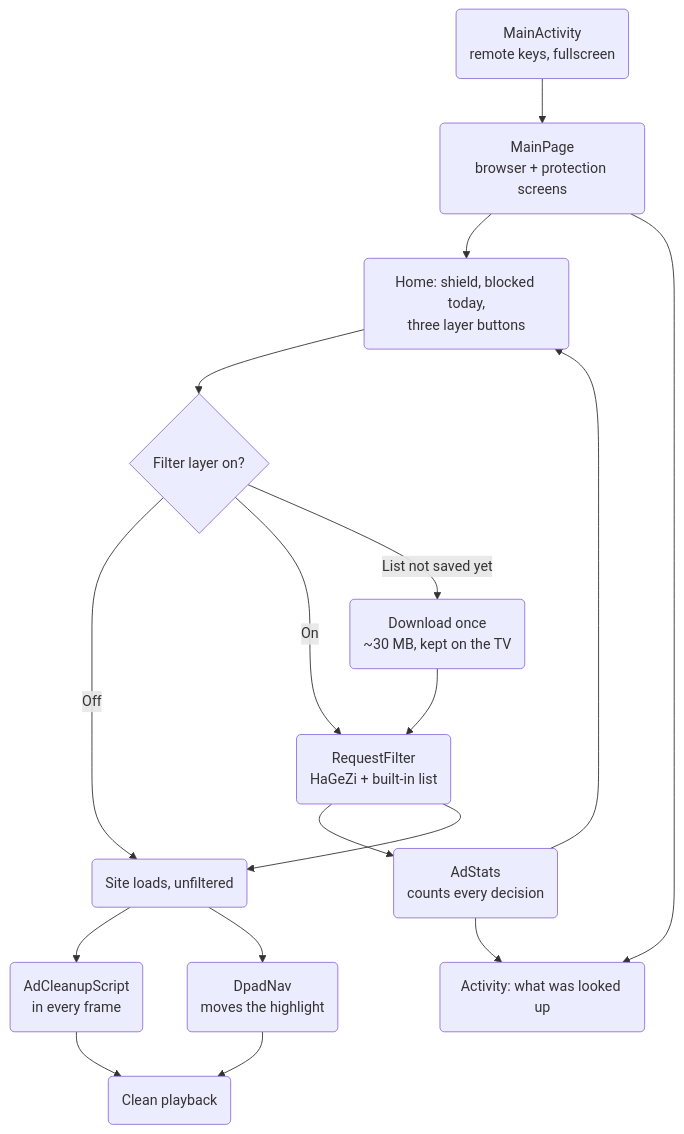
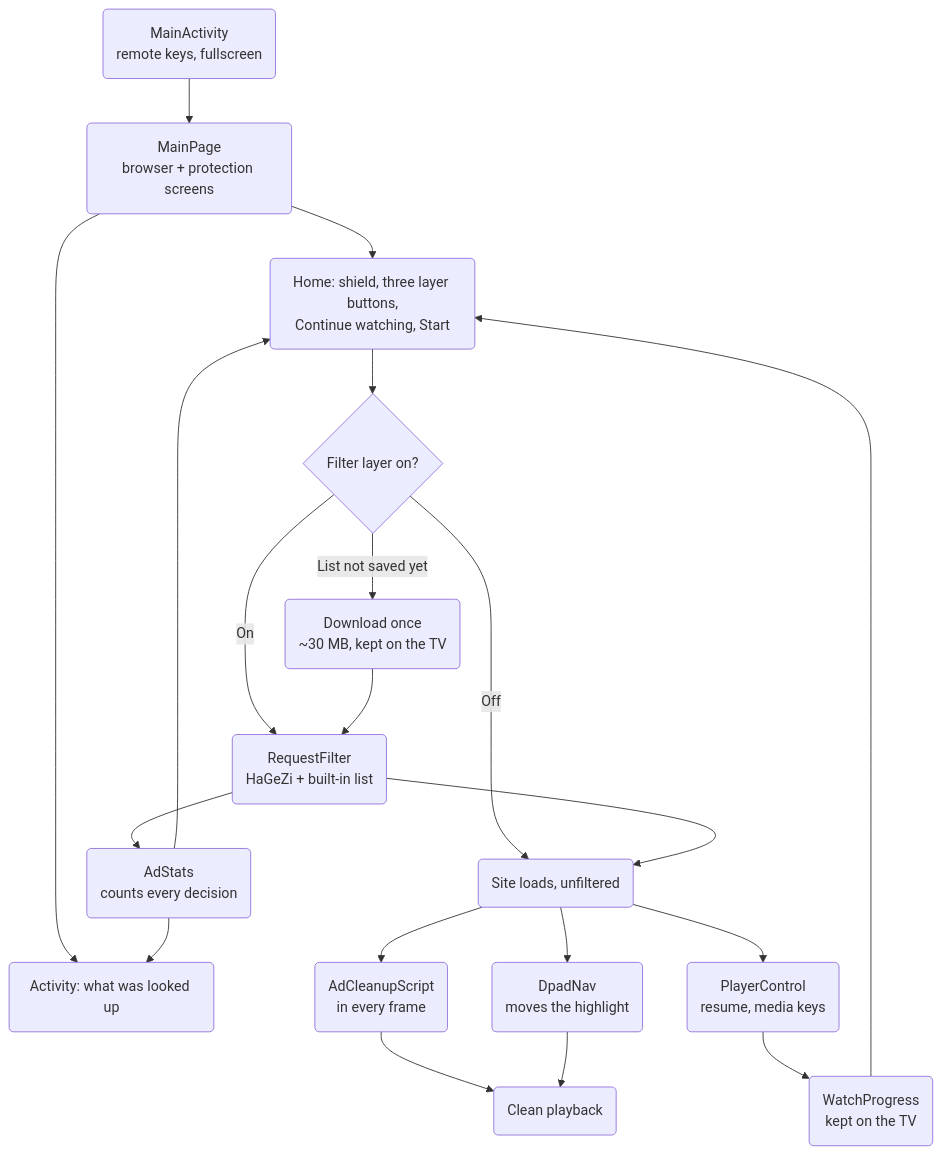
Before and after one commit to User07x07/Un0Tv: the diagram in README.md, drawn with Mermaid. The commit also changed other lines of this file and 18 other files, not shown here.

````diff
--- a/README.md
+++ b/README.md
@@ -54,19 +58,22 @@
 ```mermaid
 flowchart TD
     A("MainActivity<br/>remote keys, fullscreen") --> B("MainPage<br/>browser + protection screens")
-    B --> H("Home: shield, blocked today,<br/>three layer buttons")
+    B --> H("Home: shield, three layer buttons,<br/>Continue watching, Start")
     B --> L("Activity: what was looked up")
     H --> C{"Filter layer on?"}
     C -->|"Off"| E("Site loads, unfiltered")
     C -->|"On"| F("RequestFilter<br/>HaGeZi + built-in list")
     C -->|"List not saved yet"| D("Download once<br/>~30 MB, kept on the TV")
     D --> F
     F --> S("AdStats<br/>counts every decision")
     S --> H
     S --> L
     F --> E
     E --> G("AdCleanupScript<br/>in every frame")
     E --> N("DpadNav<br/>moves the highlight")
+    E --> P("PlayerControl<br/>resume, media keys")
+    P --> Q("WatchProgress<br/>kept on the TV")
+    Q --> H
     G --> I("Clean playback")
     N --> I
 ```
````
